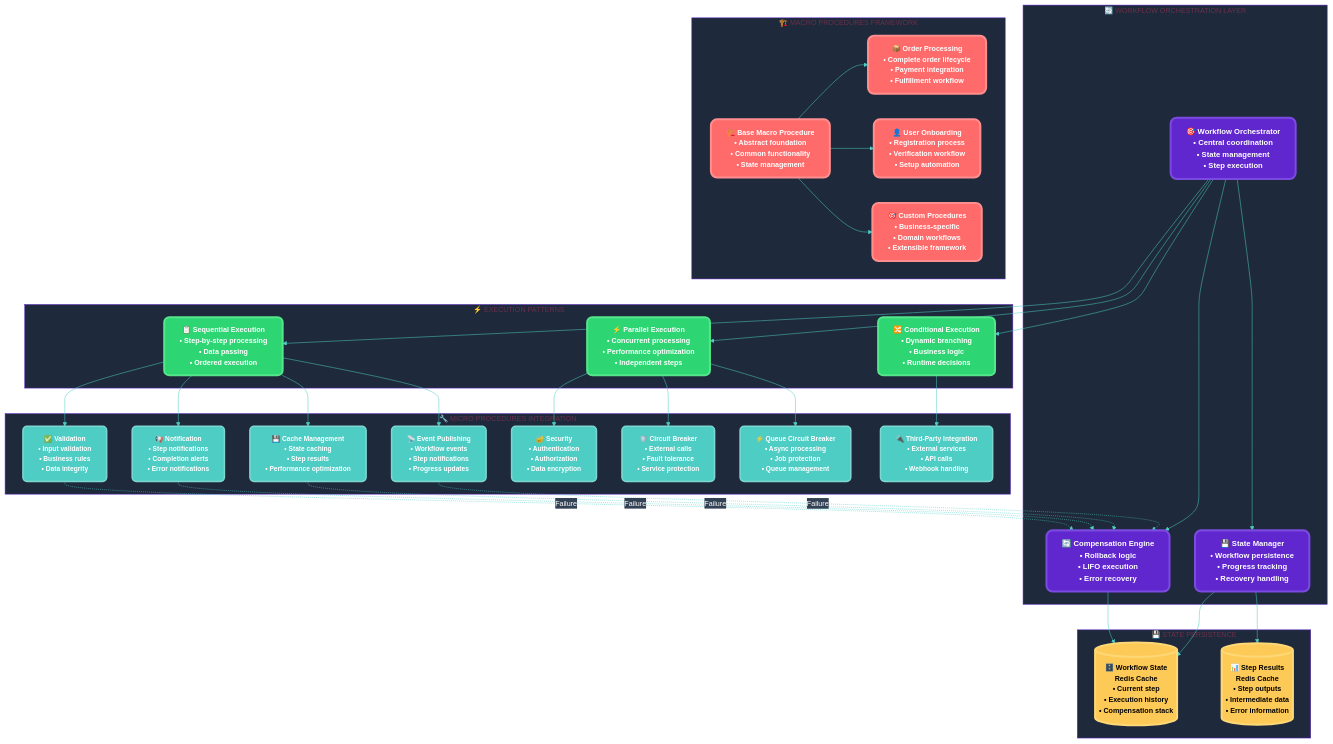
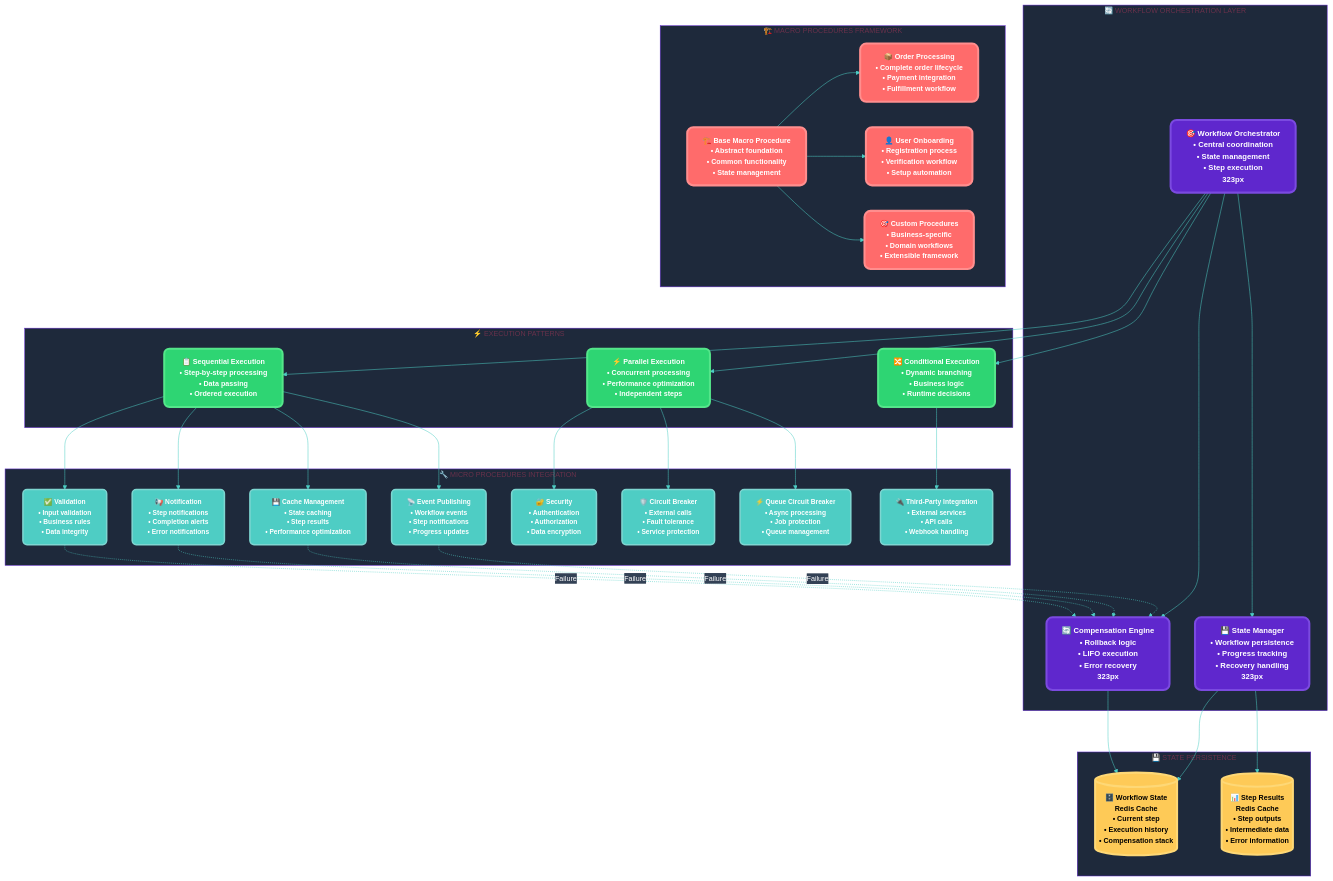
The first of 10 diagrams in diagrams/workflow-orchestration.md (abdoElHodaky/larvrevrstender), drawn with Mermaid before and after one commit. The commit also changed other lines of this file and 5 other files, not shown here.

```diff
--- a/diagrams/workflow-orchestration.md
+++ b/diagrams/workflow-orchestration.md
@@ -29,14 +29,19 @@
     'fontFamily': 'Inter, Segoe UI, Roboto, sans-serif',
     'fontSize': '14px',
     'fontWeight': 'bold'
+  },
+  'flowchart': {
+    'rankSpacing': 81,
+    'nodeSpacing': 50,
+    'curve': 'basis'
   }
 }}%%
 
 graph TB
     subgraph "🔄 WORKFLOW ORCHESTRATION LAYER"
-        WF_ENGINE[🎯 Workflow Orchestrator<br/>• Central coordination<br/>• State management<br/>• Step execution]
-        STATE_MGR[💾 State Manager<br/>• Workflow persistence<br/>• Progress tracking<br/>• Recovery handling]
-        COMP_ENGINE[🔄 Compensation Engine<br/>• Rollback logic<br/>• LIFO execution<br/>• Error recovery]
+        WF_ENGINE["🎯 Workflow Orchestrator<br/>• Central coordination<br/>• State management<br/>• Step execution<br/>323px"]
+        STATE_MGR["💾 State Manager<br/>• Workflow persistence<br/>• Progress tracking<br/>• Recovery handling<br/>323px"]
+        COMP_ENGINE["🔄 Compensation Engine<br/>• Rollback logic<br/>• LIFO execution<br/>• Error recovery<br/>323px"]
     end
 
     subgraph "⚡ EXECUTION PATTERNS"
```
